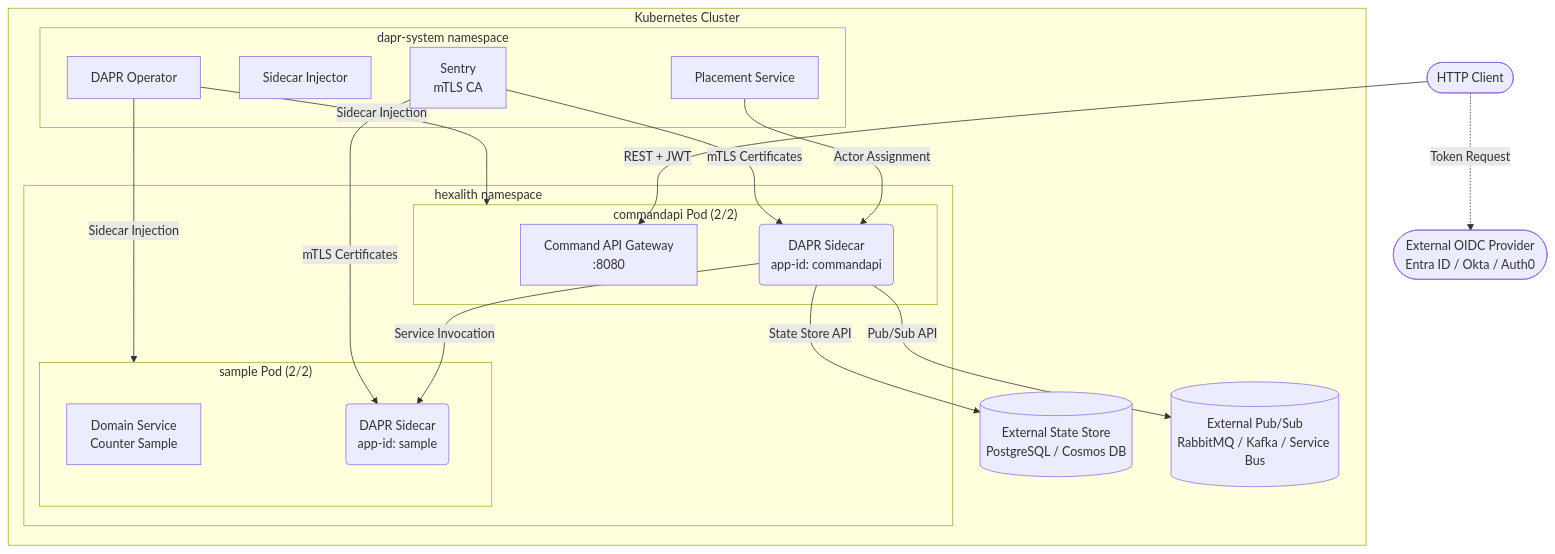
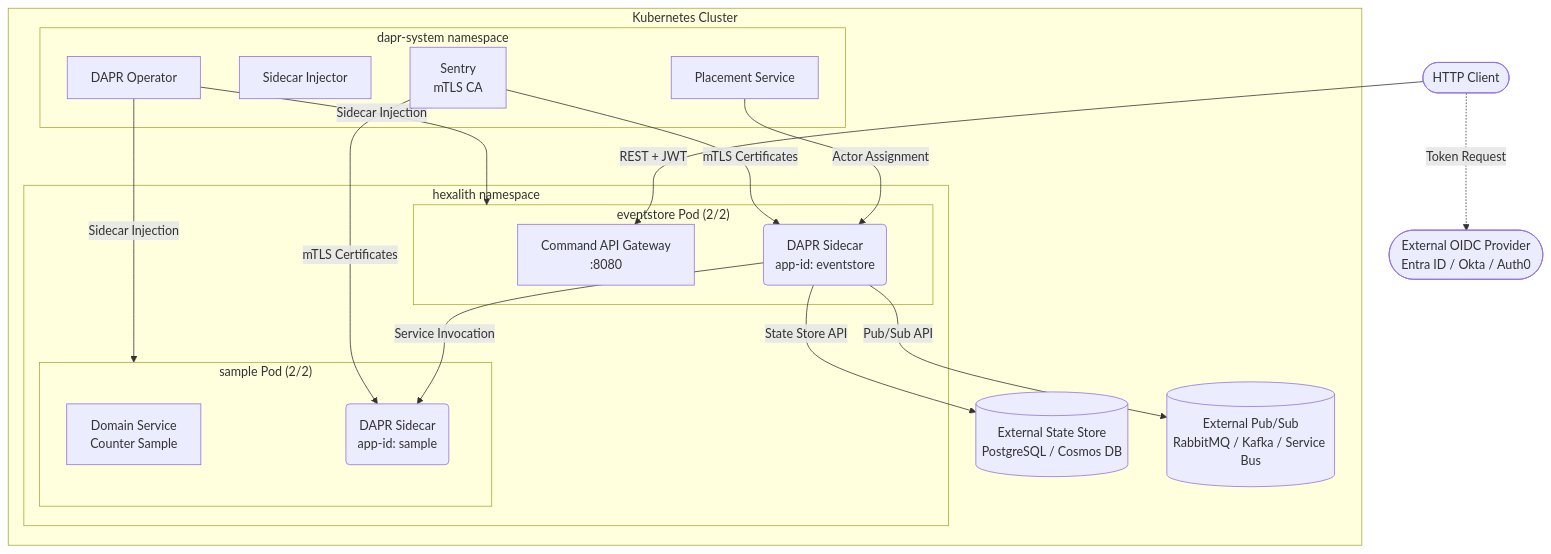
The diagram in docs/guides/deployment-kubernetes.md (Hexalith/Hexalith.EventStore), drawn with Mermaid before and after one commit. The commit also changed other lines of this file and 299 other files, not shown here.

````diff
--- a/docs/guides/deployment-kubernetes.md
+++ b/docs/guides/deployment-kubernetes.md
@@ -37,41 +37,41 @@
 ```mermaid
 flowchart TB
     Client([HTTP Client])
     OIDC([External OIDC Provider<br/>Entra ID / Okta / Auth0])
 
     subgraph K8sCluster["Kubernetes Cluster"]
         subgraph DaprSystem["dapr-system namespace"]
             Operator[DAPR Operator]
             Injector[Sidecar Injector]
             Placement[Placement Service]
             Sentry[Sentry<br/>mTLS CA]
         end
 
         subgraph HexalithNS["hexalith namespace"]
-            subgraph CmdPod["commandapi Pod (2/2)"]
-                CommandApi[Command API Gateway<br/>:8080]
-                CmdSidecar(DAPR Sidecar<br/>app-id: commandapi)
+            subgraph CmdPod["eventstore Pod (2/2)"]
+                EventStore[Command API Gateway<br/>:8080]
+                CmdSidecar(DAPR Sidecar<br/>app-id: eventstore)
             end
 
             subgraph SamplePod["sample Pod (2/2)"]
                 Sample[Domain Service<br/>Counter Sample]
                 SampleSidecar(DAPR Sidecar<br/>app-id: sample)
             end
 
             CmdSidecar -->|Service Invocation| SampleSidecar
         end
 
         StateStore[(External State Store<br/>PostgreSQL / Cosmos DB)]
         PubSub[(External Pub/Sub<br/>RabbitMQ / Kafka / Service Bus)]
     end
 
-    Client -->|REST + JWT| CommandApi
+    Client -->|REST + JWT| EventStore
     Client -.->|Token Request| OIDC
     CmdSidecar -->|State Store API| StateStore
     CmdSidecar -->|Pub/Sub API| PubSub
     Placement -->|Actor Assignment| CmdSidecar
     Sentry -->|mTLS Certificates| CmdSidecar
     Sentry -->|mTLS Certificates| SampleSidecar
     Operator -->|Sidecar Injection| CmdPod
     Operator -->|Sidecar Injection| SamplePod
 ```
````
